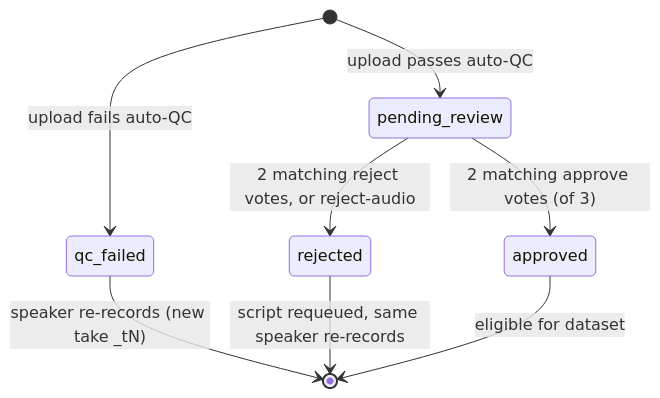
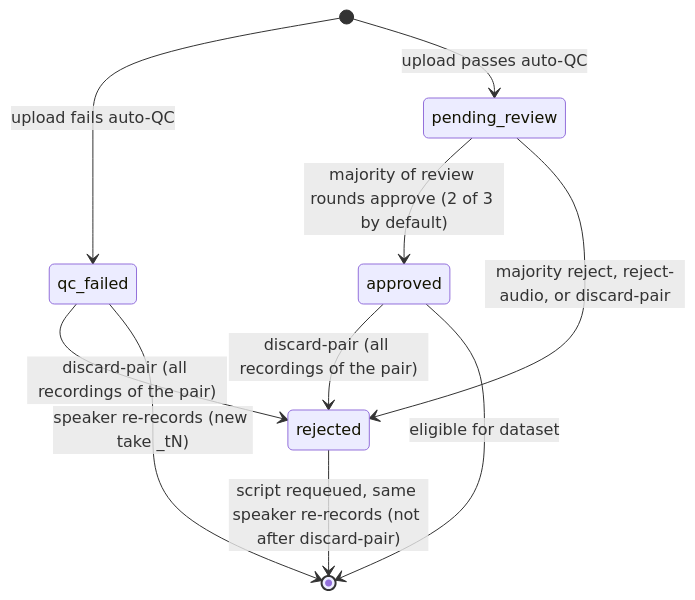
Before and after one commit to khanhhln202/FA26SE303_CodeSwitchLabel: the diagram in docs/diagrams/03b-state-recording.mmd, drawn with Mermaid. The commit also changed 10 other files, not shown here.

First line of the commit message:
docs: update README notes on local files, review rounds, and test commands

```diff
--- a/docs/diagrams/03b-state-recording.mmd
+++ b/docs/diagrams/03b-state-recording.mmd
@@ -1,8 +1,14 @@
 stateDiagram-v2
+  %% Source: RecordingService (upload + auto-QC), ReviewService (SubmitReviewAsync, RejectAudioAsync,
+  %% DiscardPairAsync -> RecordingRepository.MarkAllRejectedAsync), trg_review_majority.
+  %% discard-pair marks EVERY recording of the pair that is not already rejected as rejected,
+  %% including approved and qc_failed siblings, and deactivates the script.
   [*] --> qc_failed: upload fails auto-QC
   [*] --> pending_review: upload passes auto-QC
-  pending_review --> approved: 2 matching approve votes (of 3)
-  pending_review --> rejected: 2 matching reject votes, or reject-audio
+  pending_review --> approved: majority of review rounds approve (2 of 3 by default)
+  pending_review --> rejected: majority reject, reject-audio, or discard-pair
+  approved --> rejected: discard-pair (all recordings of the pair)
+  qc_failed --> rejected: discard-pair (all recordings of the pair)
   qc_failed --> [*]: speaker re-records (new take _tN)
-  rejected --> [*]: script requeued, same speaker re-records
+  rejected --> [*]: script requeued, same speaker re-records (not after discard-pair)
   approved --> [*]: eligible for dataset
```
